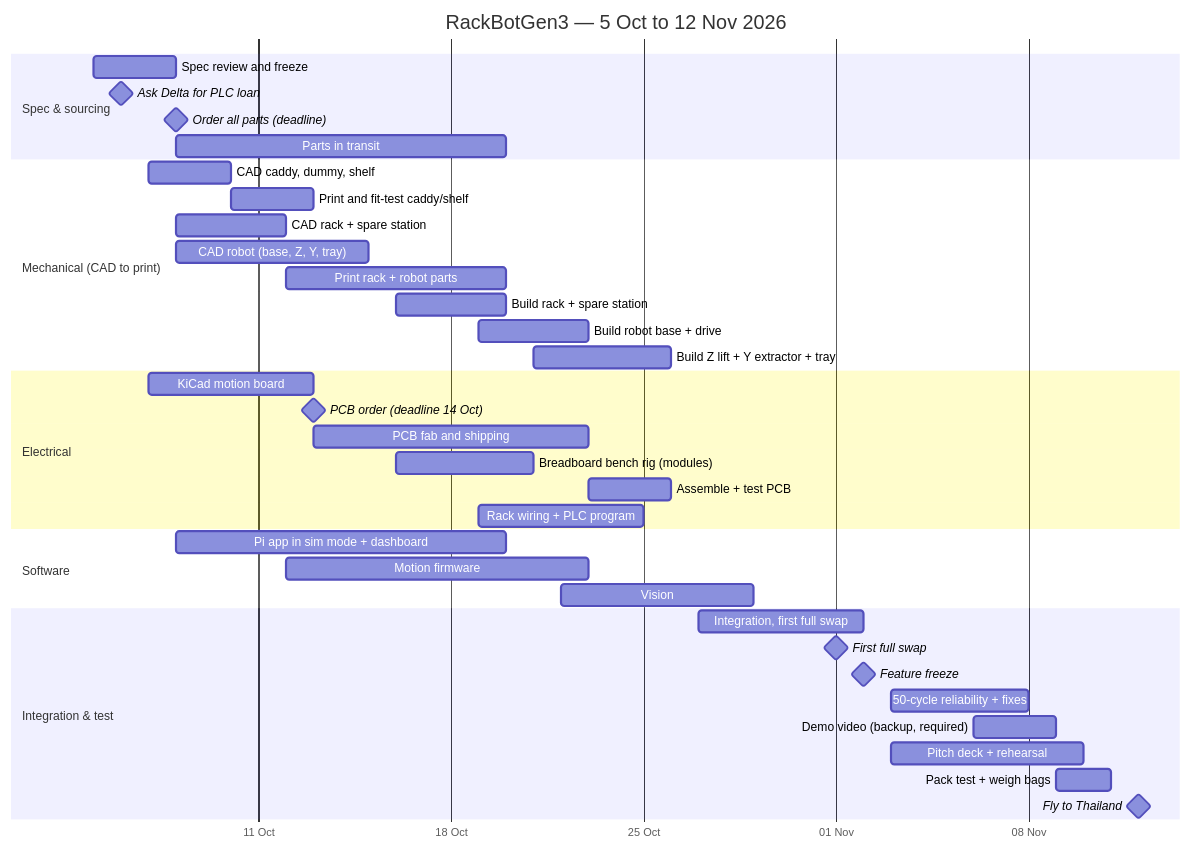
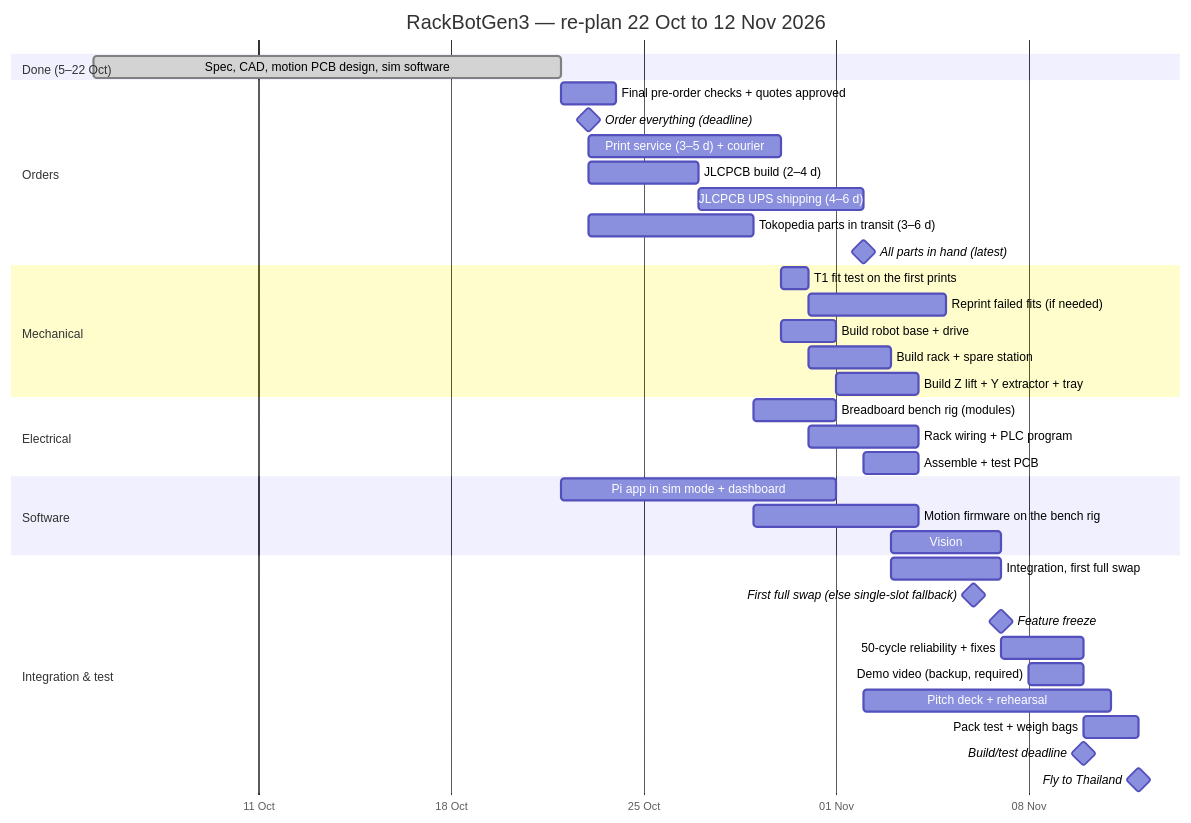
The diagram in docs/spec/04-plan-budget-risk.md (freethought101/RackBotGen3), drawn with Mermaid before and after one commit. The commit also changed other lines of this file and 13 other files, not shown here.

First line of the commit message:
Spec v0.1.24-v0.1.29: schedule re-plan, review parts fixes, second XL4015

````diff
--- a/docs/spec/04-plan-budget-risk.md
+++ b/docs/spec/04-plan-budget-risk.md
@@ -90,45 +105,46 @@
 ```mermaid
 gantt
   dateFormat  YYYY-MM-DD
   axisFormat  %d %b
-  title RackBotGen3 — 5 Oct to 12 Nov 2026
+  title RackBotGen3 — re-plan 22 Oct to 12 Nov 2026
 
-  section Spec & sourcing
-  Spec review and freeze            :a1, 2026-10-05, 3d
-  Ask Delta for PLC loan            :milestone, 2026-10-06, 0d
-  Order all parts (deadline)        :milestone, 2026-10-08, 0d
-  Parts in transit                  :a2, 2026-10-08, 12d
+  section Done (5–22 Oct)
+  Spec, CAD, motion PCB design, sim software :done, d1, 2026-10-05, 17d
 
-  section Mechanical (CAD to print)
-  CAD caddy, dummy, shelf           :m1, 2026-10-07, 3d
-  Print and fit-test caddy/shelf    :m2, after m1, 3d
-  CAD rack + spare station          :m3, 2026-10-08, 4d
-  CAD robot (base, Z, Y, tray)      :m4, 2026-10-08, 7d
-  Print rack + robot parts          :m5, 2026-10-12, 8d
-  Build rack + spare station        :m6, 2026-10-16, 4d
-  Build robot base + drive          :m7, 2026-10-19, 4d
-  Build Z lift + Y extractor + tray :m8, 2026-10-21, 5d
+  section Orders
+  Final pre-order checks + quotes approved   :o1, 2026-10-22, 2d
+  Order everything (deadline)                :milestone, 2026-10-23, 0d
+  Print service (3–5 d) + courier            :o2, 2026-10-23, 7d
+  JLCPCB build (2–4 d)                       :o3, 2026-10-23, 4d
+  JLCPCB UPS shipping (4–6 d)                :o4, after o3, 6d
+  Tokopedia parts in transit (3–6 d)         :o5, 2026-10-23, 6d
+  All parts in hand (latest)                 :milestone, 2026-11-02, 0d
+
+  section Mechanical
+  T1 fit test on the first prints            :m1, 2026-10-30, 1d
+  Reprint failed fits (if needed)            :m2, 2026-10-31, 5d
+  Build robot base + drive                   :m3, 2026-10-30, 2d
+  Build rack + spare station                 :m4, 2026-10-31, 3d
+  Build Z lift + Y extractor + tray          :m5, 2026-11-01, 3d
 
   section Electrical
-  KiCad motion board                :e1, 2026-10-07, 6d
-  PCB order (deadline 14 Oct)       :milestone, 2026-10-13, 0d
-  PCB fab and shipping              :e2, 2026-10-13, 10d
-  Breadboard bench rig (modules)    :e3, 2026-10-16, 5d
-  Assemble + test PCB               :e4, 2026-10-23, 3d
-  Rack wiring + PLC program         :e5, 2026-10-19, 6d
+  Breadboard bench rig (modules)             :e1, 2026-10-29, 3d
+  Rack wiring + PLC program                  :e2, 2026-10-31, 4d
+  Assemble + test PCB                        :e3, 2026-11-02, 2d
 
   section Software
-  Pi app in sim mode + dashboard    :s1, 2026-10-08, 12d
-  Motion firmware                   :s2, 2026-10-12, 11d
-  Vision: calibration + docking     :s3, 2026-10-22, 7d
+  Pi app in sim mode + dashboard             :s1, 2026-10-22, 10d
+  Motion firmware on the bench rig           :s2, 2026-10-29, 6d
+  Vision: calibration + docking              :s3, 2026-11-03, 4d
 
   section Integration & test
-  Integration, first full swap      :i1, 2026-10-27, 6d
-  First full swap                   :milestone, 2026-11-01, 0d
-  Feature freeze                    :milestone, 2026-11-02, 0d
-  50-cycle reliability + fixes      :i2, 2026-11-03, 5d
-  Demo video (backup, required)     :i3, 2026-11-06, 3d
-  Pitch deck + rehearsal            :i4, 2026-11-03, 7d
-  Pack test + weigh bags            :i5, 2026-11-09, 2d
-  Fly to Thailand                   :milestone, 2026-11-12, 0d
+  Integration, first full swap               :i1, 2026-11-03, 4d
+  First full swap (else single-slot fallback):milestone, 2026-11-06, 0d
+  Feature freeze                             :milestone, 2026-11-07, 0d
+  50-cycle reliability + fixes               :i2, 2026-11-07, 3d
+  Demo video (backup, required)              :i3, 2026-11-08, 2d
+  Pitch deck + rehearsal                     :i4, 2026-11-02, 9d
+  Pack test + weigh bags                     :i5, 2026-11-10, 2d
+  Build/test deadline                        :milestone, 2026-11-10, 0d
+  Fly to Thailand                            :milestone, 2026-11-12, 0d
 ```
````
